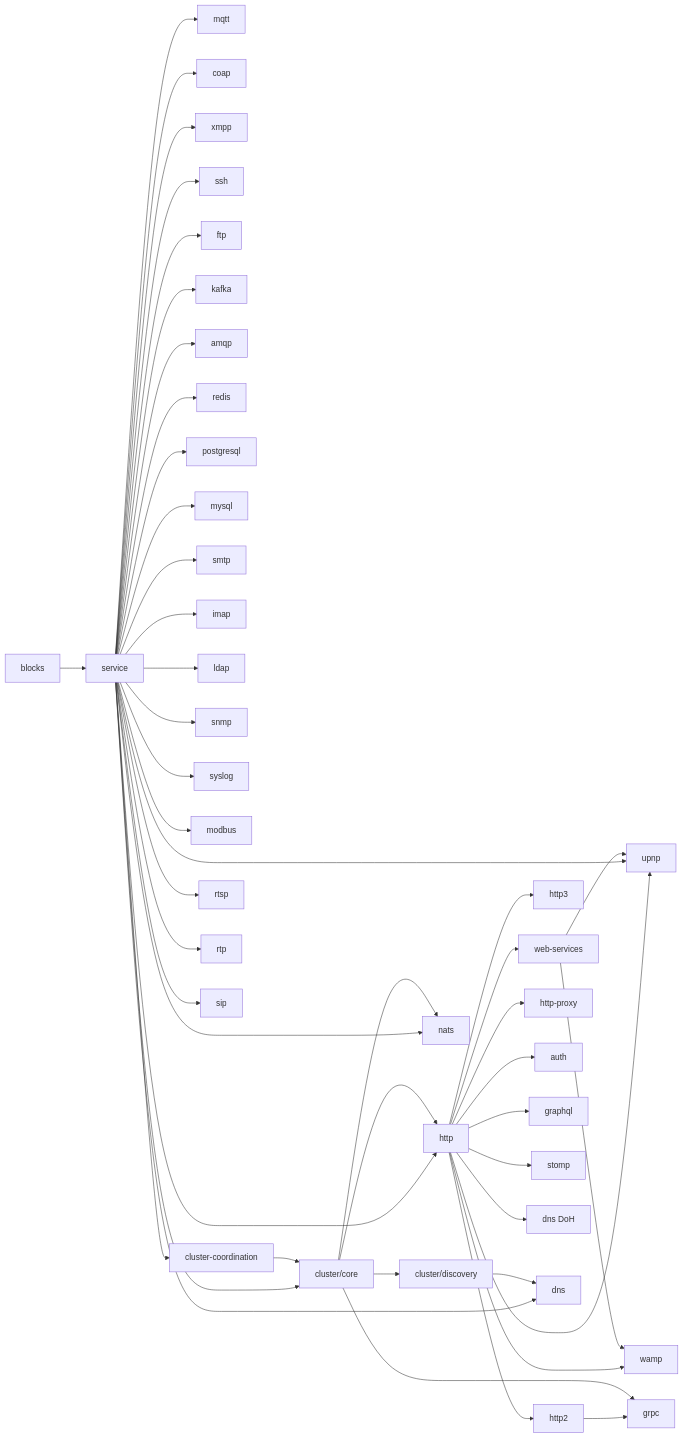
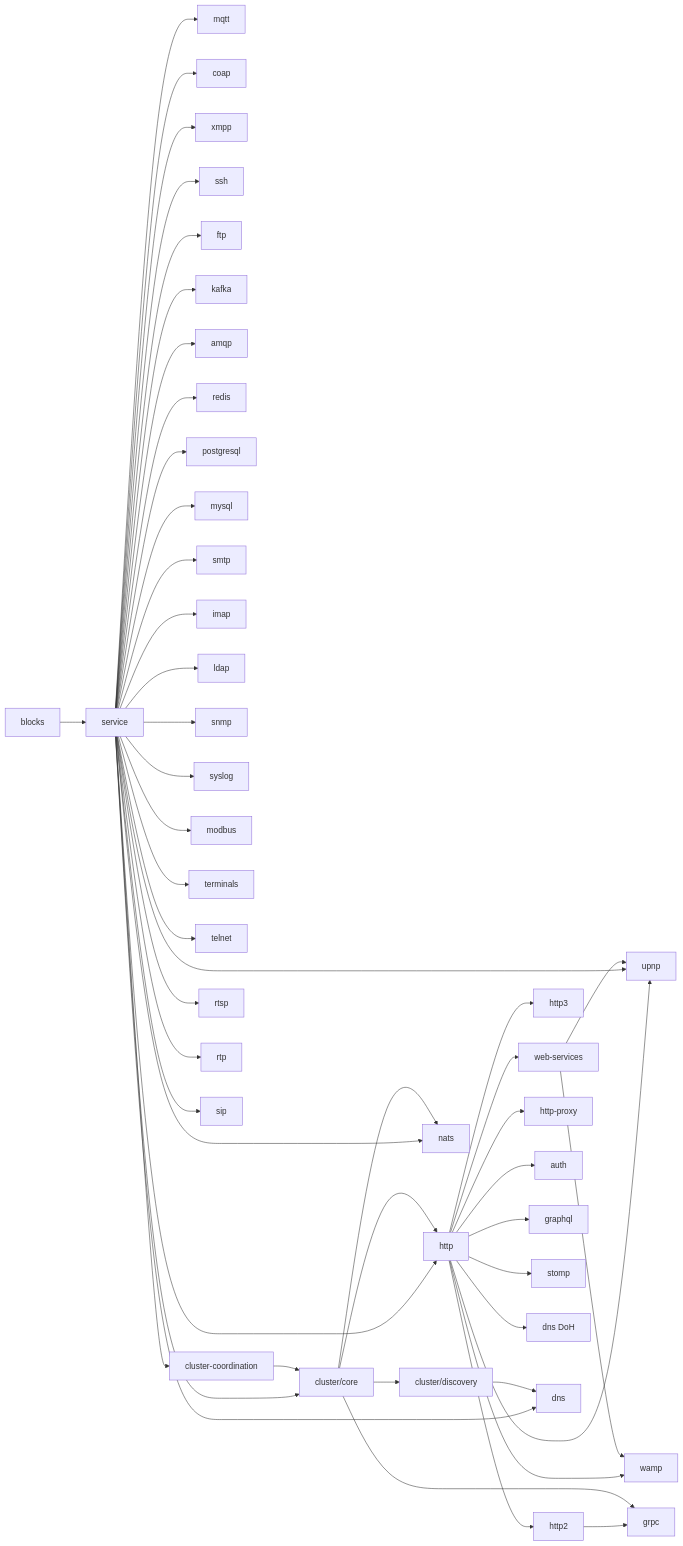
One commit to 000ssg/lego-flow changed the second of 2 diagrams in README.md. Above: the diagram before and after it, drawn with Mermaid. The commit also changed other lines of this file and 229 other files, not shown here.

````diff
--- a/README.md
+++ b/README.md
@@ -131,48 +133,50 @@
 ```mermaid
 flowchart LR
     blocks --> service
     service --> http
     http --> http2
     http --> http3
     http --> ws[web-services]
     http --> proxy[http-proxy]
     http --> auth
     http --> wamp
     ws --> wamp
     http --> upnp
     service --> upnp
     ws --> upnp
     service --> mqtt
     service --> coap
     service --> xmpp
     service --> ssh
     service --> ftp
     http2 --> grpc
     http --> graphql
     http --> stomp
     http --> dns[dns DoH]
     service --> kafka
     service --> amqp
     service --> nats
     service --> redis
     service --> postgresql
     service --> mysql
     service --> smtp
     service --> imap
     service --> dns2[dns]
     service --> ldap
     service --> snmp
     service --> syslog
     service --> modbus
+    service --> terminals
+    service --> telnet
     service --> clustercore[cluster/core]
     clustercore --> clusterdisc[cluster/discovery]
     clusterdisc --> dns2
     service --> coord[cluster-coordination]
     coord --> clustercore
     clustercore --> grpc
     clustercore --> nats
     clustercore --> http
     service --> rtsp
     service --> rtp
     service --> sip
 ```
````
